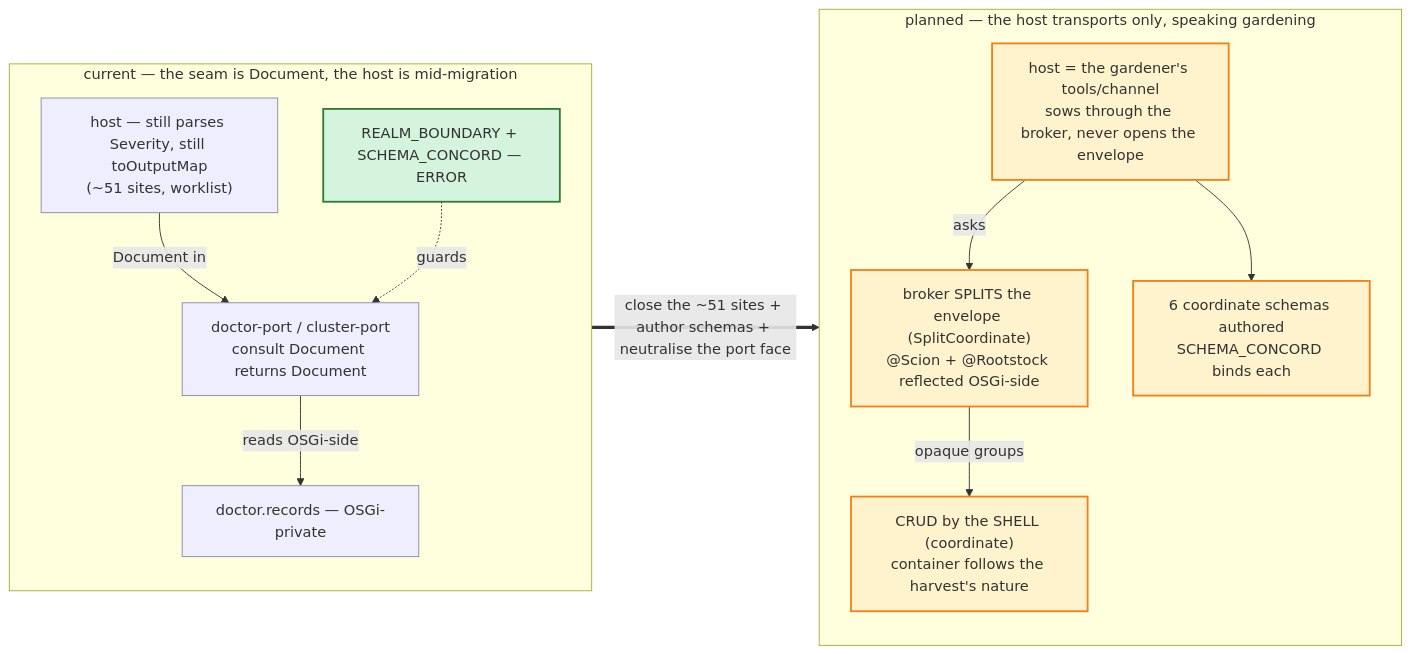
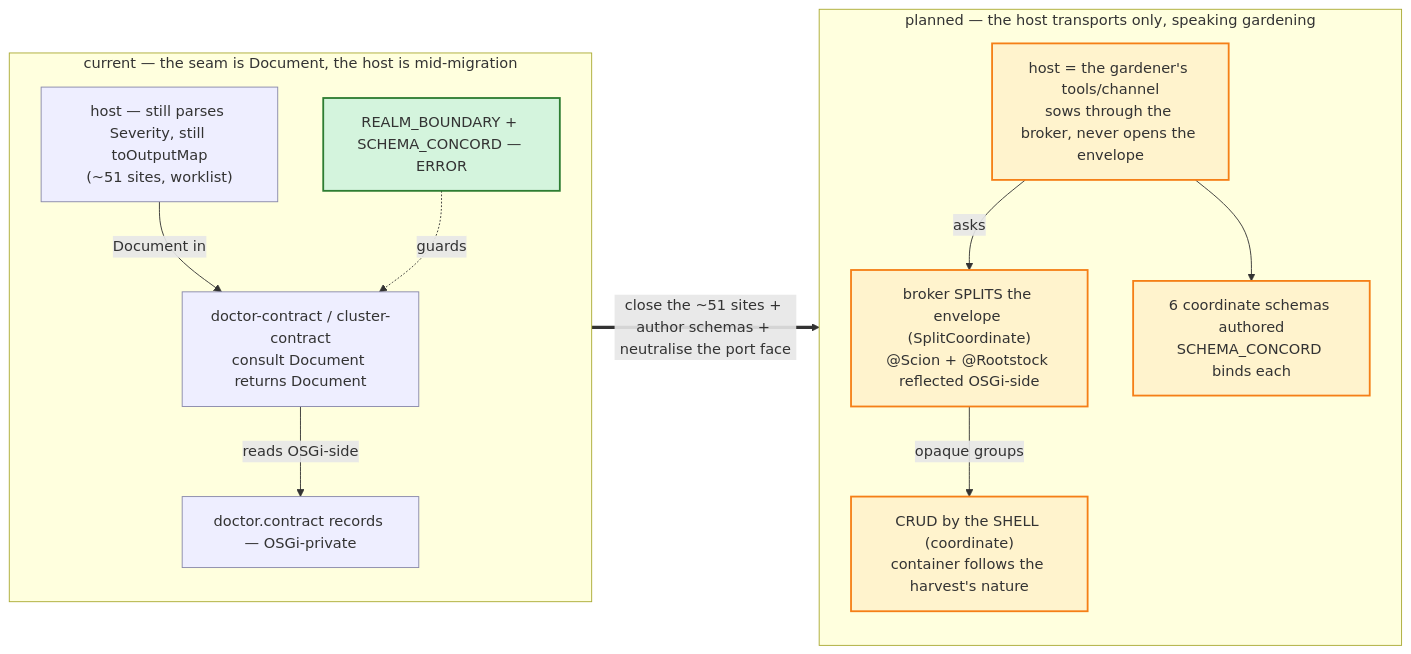
The fifth of 5 diagrams in docs/architecture/atlas/doctor.adoc (nxmatic/rke2lab), drawn with Mermaid before and after one commit. The commit also changed other lines of this file and 25 other files, not shown here.

```diff
--- a/docs/architecture/atlas/doctor.adoc
+++ b/docs/architecture/atlas/doctor.adoc
@@ -362,32 +362,32 @@
 [mermaid]
 ....
 flowchart LR
     subgraph NOW[current — the seam is Document, the host is mid-migration]
-        n_port["doctor-port / cluster-port<br/>consult Document returns Document"]
-        n_rec["doctor.records — OSGi-private"]
+        n_port["doctor-contract / cluster-contract<br/>consult Document returns Document"]
+        n_rec["doctor.contract records — OSGi-private"]
         n_gate["REALM_BOUNDARY + SCHEMA_CONCORD — ERROR"]
         n_host["host — still parses Severity, still toOutputMap<br/>(~51 sites, worklist)"]
         n_port -->|reads OSGi-side| n_rec
         n_host -->|Document in| n_port
         n_gate -.guards.-> n_port
     end
 
     subgraph NEXT[planned — the host transports only, speaking gardening]
         x_host["host = the gardener's tools/channel<br/>sows through the broker, never opens the envelope"]
         x_split["broker SPLITS the envelope (SplitCoordinate)<br/>@Scion + @Rootstock reflected OSGi-side"]
         x_crud["CRUD by the SHELL (coordinate)<br/>container follows the harvest's nature"]
         x_schema["6 coordinate schemas authored<br/>SCHEMA_CONCORD binds each"]
         x_host -->|asks| x_split
         x_split -->|opaque groups| x_crud
         x_host --> x_schema
     end
 
     NOW ==>|"close the ~51 sites + author schemas + neutralise the port face"| NEXT
 
     classDef now fill:#eef,stroke:#88a,stroke-width:1px;
     classDef gate fill:#d4f4dd,stroke:#2e7d32,stroke-width:2px;
     classDef next fill:#fff3cd,stroke:#f57f17,stroke-width:2px;
     class n_port,n_rec,n_host now;
     class n_gate gate;
     class x_host,x_split,x_crud,x_schema next;
 ....
```
